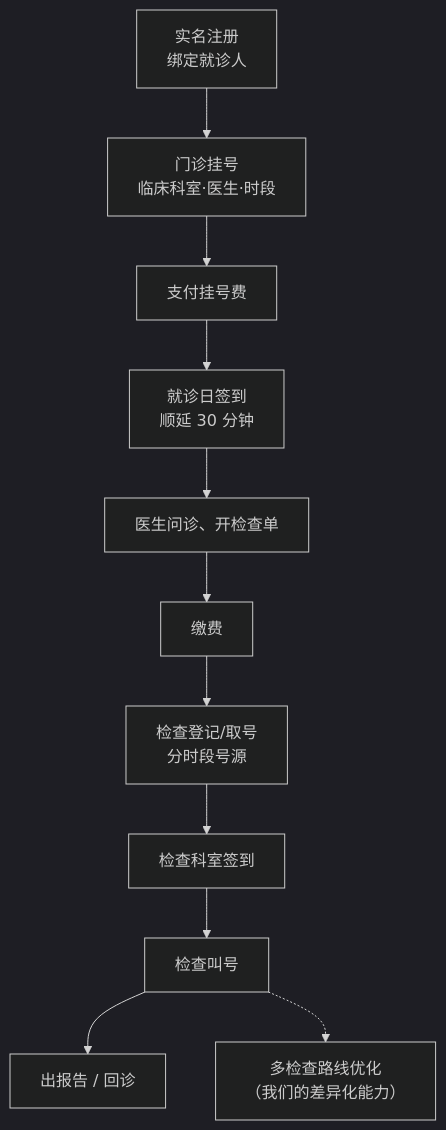
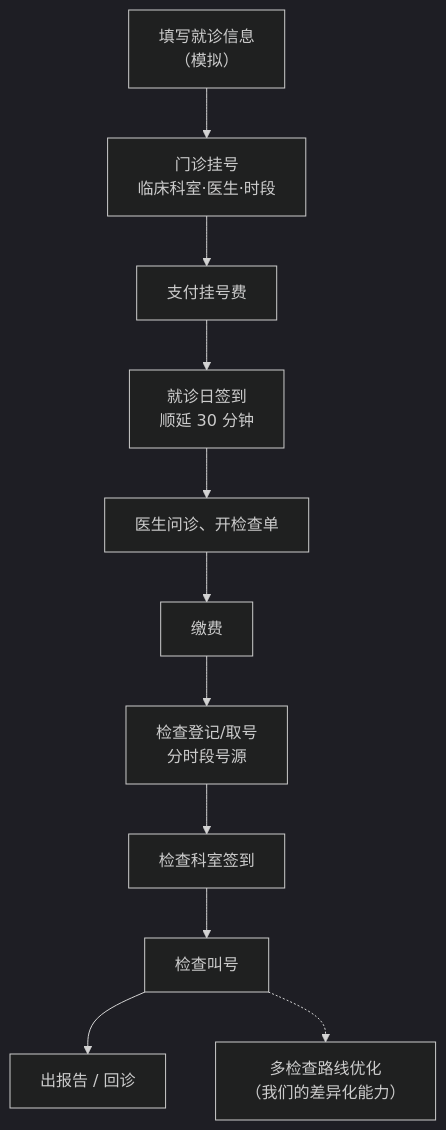
One commit to fore-blip/exam-scheduler changed the fourth of 4 diagrams in docs/挂号逻辑对比与改造建议.md. Above: the diagram before and after it, drawn with Mermaid (dark theme). The commit also changed other lines of this file, not shown here.

````diff
--- a/docs/挂号逻辑对比与改造建议.md
+++ b/docs/挂号逻辑对比与改造建议.md
@@ -201,13 +189,13 @@
 ```mermaid
 flowchart TD
-    A["实名注册<br/>绑定就诊人"] --> B["门诊挂号<br/>临床科室·医生·时段"]
+    A["填写就诊信息<br/>（模拟）"] --> B["门诊挂号<br/>临床科室·医生·时段"]
     B --> C["支付挂号费"]
     C --> D["就诊日签到<br/>顺延 30 分钟"]
     D --> E["医生问诊、开检查单"]
     E --> F["缴费"]
     F --> G["检查登记/取号<br/>分时段号源"]
     G --> H["检查科室签到"]
     H --> I["检查叫号"]
     I --> J["出报告 / 回诊"]
     I -.-> K["多检查路线优化<br/>（我们的差异化能力）"]
 ```
````
